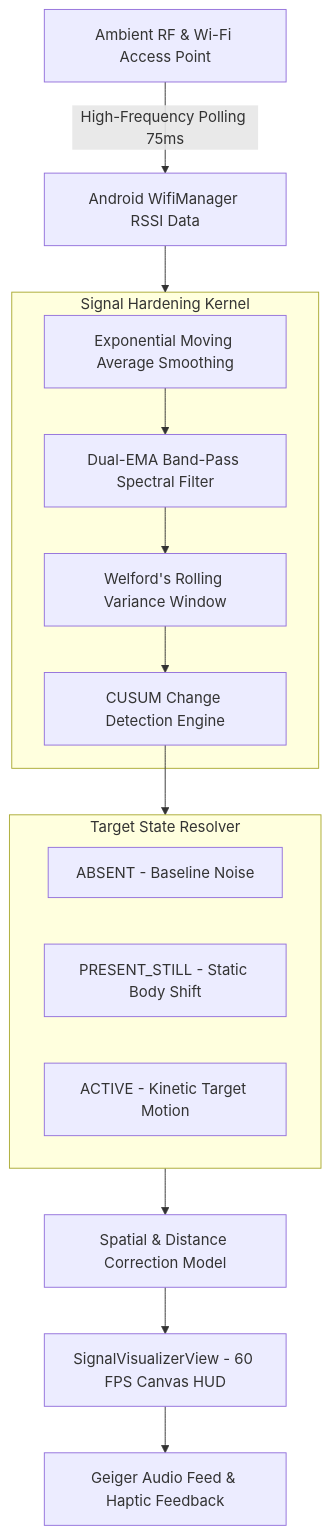
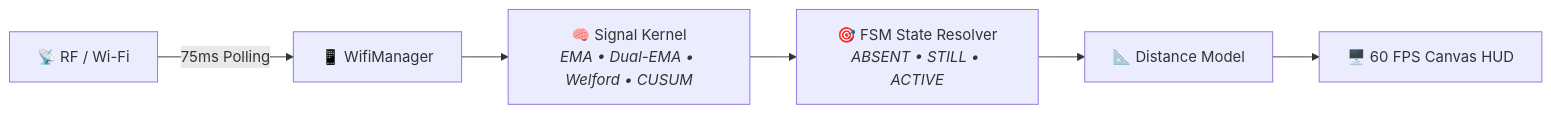
The diagram in README.md (K4N3CO/WiFEYE), drawn with Mermaid before and after one commit.

Commit message:
Shrink System Architecture diagram to compact horizontal layout

````diff
--- a/README.md
+++ b/README.md
@@ -47,23 +47,8 @@
 ```mermaid
-graph TD
-    A[Ambient RF & Wi-Fi Access Point] -->|High-Frequency Polling 75ms| B[Android WifiManager RSSI Data]
-    B --> C[Signal Hardening Kernel]
-    
-    subgraph C [Signal Hardening Kernel]
-        C1[Exponential Moving Average Smoothing] --> C2[Dual-EMA Band-Pass Spectral Filter]
-        C2 --> C3[Welford's Rolling Variance Window]
-        C3 --> C4[CUSUM Change Detection Engine]
-    end
-
-    C4 --> D[Finite State Machine - FSM]
-    
-    subgraph D [Target State Resolver]
-        D1[ABSENT - Baseline Noise]
-        D2[PRESENT_STILL - Static Body Shift]
-        D3[ACTIVE - Kinetic Target Motion]
-    end
-    
-    D --> E[Spatial & Distance Correction Model]
-    E --> F[SignalVisualizerView - 60 FPS Canvas HUD]
-    F --> G[Geiger Audio Feed & Haptic Feedback]
+graph LR
+    A["📡 RF / Wi-Fi"] -->|75ms Polling| B["📱 WifiManager"]
+    B --> C["🧠 Signal Kernel<br/><i>EMA • Dual-EMA • Welford • CUSUM</i>"]
+    C --> D["🎯 FSM State Resolver<br/><i>ABSENT • STILL • ACTIVE</i>"]
+    D --> E["📐 Distance Model"]
+    E --> F["🖥️ 60 FPS Canvas HUD"]
 ```
````
